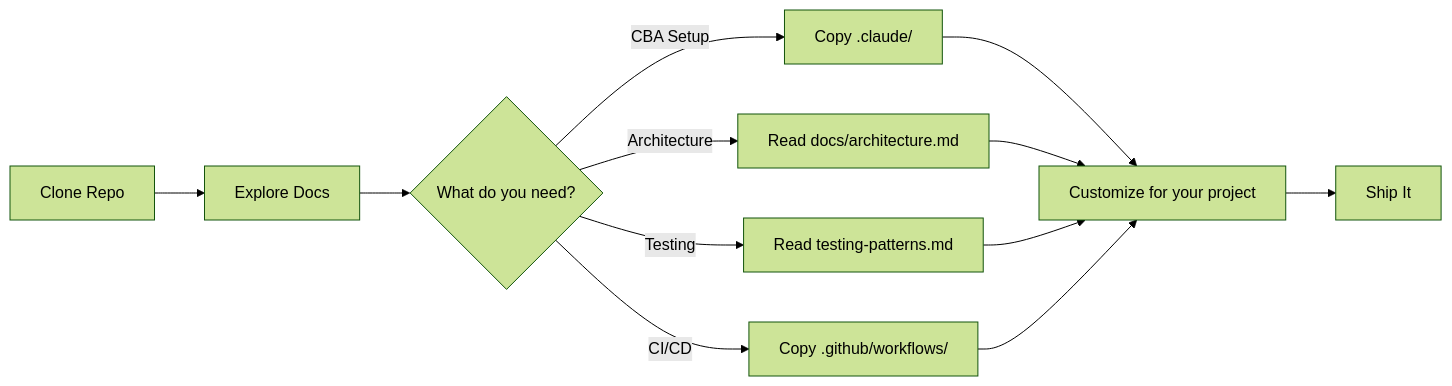
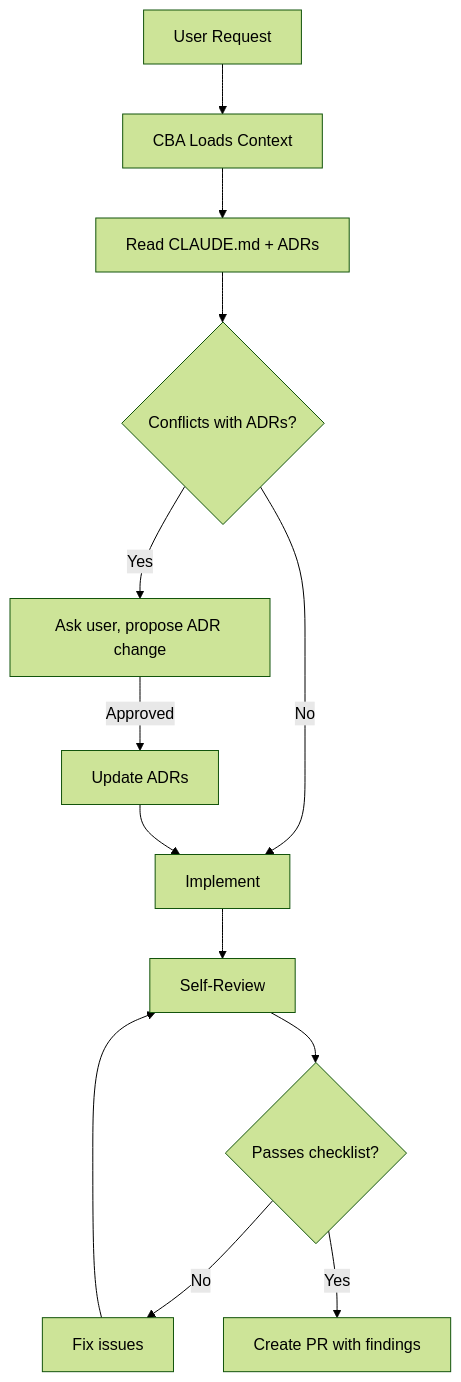
One commit to ambient-code/reference changed the diagram in docs/quickstart.md. Above: the diagram before and after it, drawn with Mermaid (forest theme). The commit also changed other lines of this file and 22 other files, not shown here.

````diff
--- a/docs/quickstart.md
+++ b/docs/quickstart.md
@@ -17,14 +69,15 @@
 ```mermaid
-flowchart LR
-    A[Clone Repo] --> B[Explore Docs]
-    B --> C{What do you need?}
-    C -->|CBA Setup| D[Copy .claude/]
-    C -->|Architecture| E[Read docs/architecture.md]
-    C -->|Testing| F[Read testing-patterns.md]
-    C -->|CI/CD| G[Copy .github/workflows/]
-    D --> H[Customize for your project]
-    E --> H
-    F --> H
-    G --> H
-    H --> I[Ship It]
+flowchart TD
+    A[User Request] --> B[CBA Loads Context]
+    B --> C[Read CLAUDE.md + ADRs]
+    C --> D{Conflicts with ADRs?}
+    D -->|Yes| E[Ask user, propose ADR change]
+    D -->|No| F[Implement]
+    E -->|Approved| G[Update ADRs]
+    G --> F
+    F --> H[Self-Review]
+    H --> I{Passes checklist?}
+    I -->|No| J[Fix issues]
+    J --> H
+    I -->|Yes| K[Create PR with findings]
 ```
````
